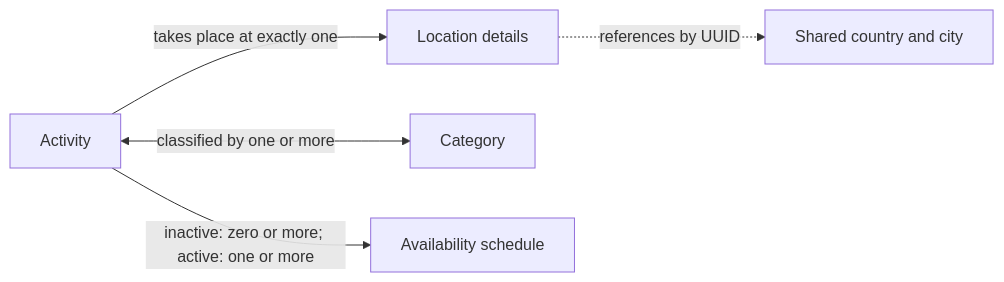
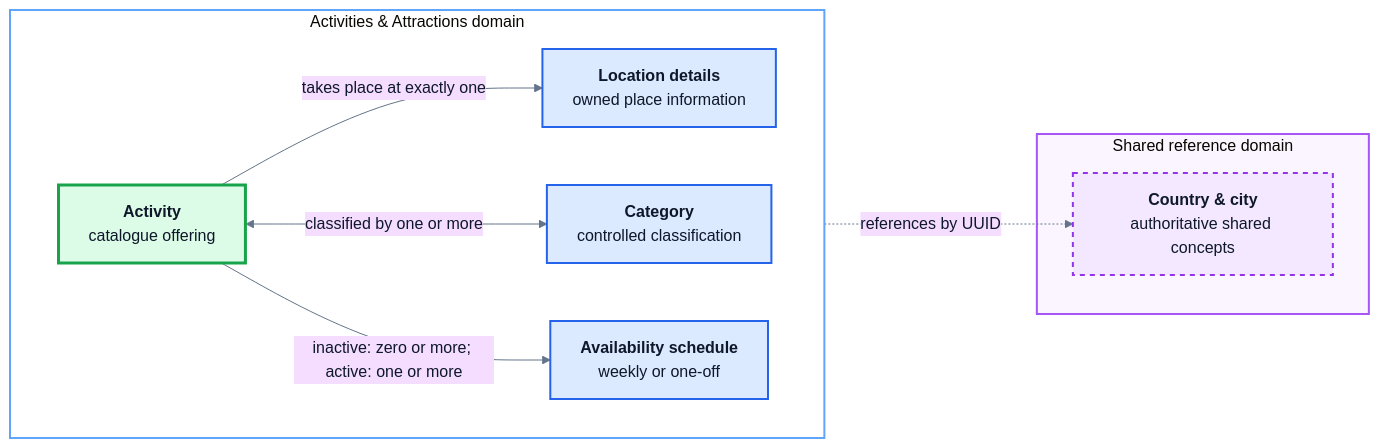
One commit to JulianKirk/TripGenie changed the diagram in docs/reports/release-0/Student4/DataDesign/conceptual.md. Above: the diagram before and after it, drawn with Mermaid. The commit also changed other lines of this file and 7 other files, not shown here.

````diff
--- a/docs/reports/release-0/Student4/DataDesign/conceptual.md
+++ b/docs/reports/release-0/Student4/DataDesign/conceptual.md
@@ -9,13 +13,29 @@
 ```mermaid
+%%{init: {"theme":"base","themeVariables":{"fontFamily":"Inter, ui-sans-serif, system-ui, sans-serif","primaryTextColor":"#0f172a","lineColor":"#64748b","clusterBkg":"#f8fafc","clusterBorder":"#cbd5e1"},"flowchart":{"curve":"basis","nodeSpacing":58,"rankSpacing":72}}}%%
 flowchart LR
-    ACTIVITY[Activity]
-    LOCATION[Location details]
-    CATEGORY[Category]
-    SCHEDULE[Availability schedule]
-    PLACE[Shared country and city]
+    subgraph OWNED[Activities & Attractions domain]
+        direction LR
+        ACTIVITY[<b>Activity</b><br/>catalogue offering]
+        LOCATION[<b>Location details</b><br/>owned place information]
+        CATEGORY[<b>Category</b><br/>controlled classification]
+        SCHEDULE[<b>Availability schedule</b><br/>weekly or one-off]
+    end
+
+    subgraph EXTERNAL[Shared reference domain]
+        PLACE[<b>Country & city</b><br/>authoritative shared concepts]
+    end
 
     ACTIVITY -->|takes place at exactly one| LOCATION
     ACTIVITY <-->|classified by one or more| CATEGORY
     ACTIVITY -->|"inactive: zero or more; active: one or more"| SCHEDULE
     LOCATION -.->|references by UUID| PLACE
+
+    classDef core fill:#dcfce7,stroke:#16a34a,color:#0f172a,stroke-width:3px;
+    classDef owned fill:#dbeafe,stroke:#2563eb,color:#0f172a,stroke-width:2px;
+    classDef external fill:#f3e8ff,stroke:#9333ea,color:#0f172a,stroke-width:2px,stroke-dasharray:5 5;
+    class ACTIVITY core;
+    class LOCATION,CATEGORY,SCHEDULE owned;
+    class PLACE external;
+    style OWNED fill:#ffffff,stroke:#60a5fa,stroke-width:2px;
+    style EXTERNAL fill:#faf5ff,stroke:#a855f7,stroke-width:2px;
 ```
````
